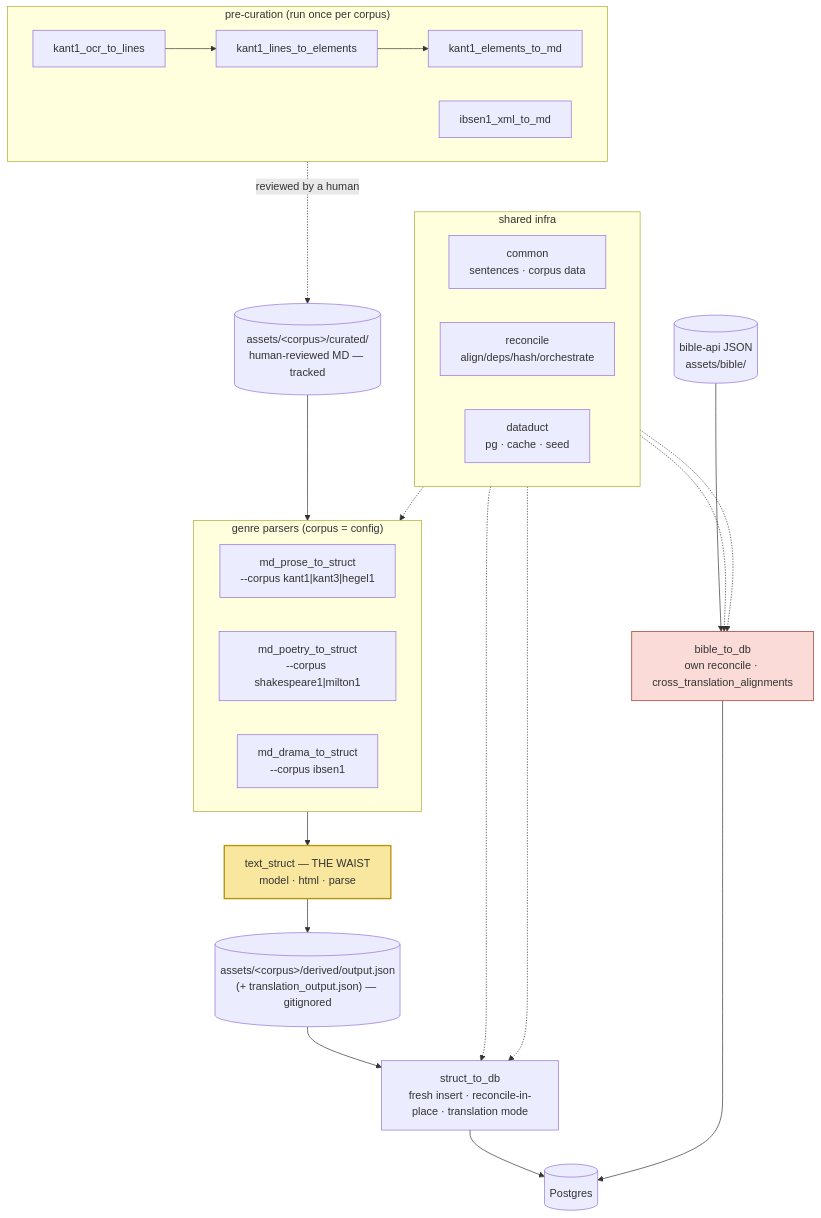
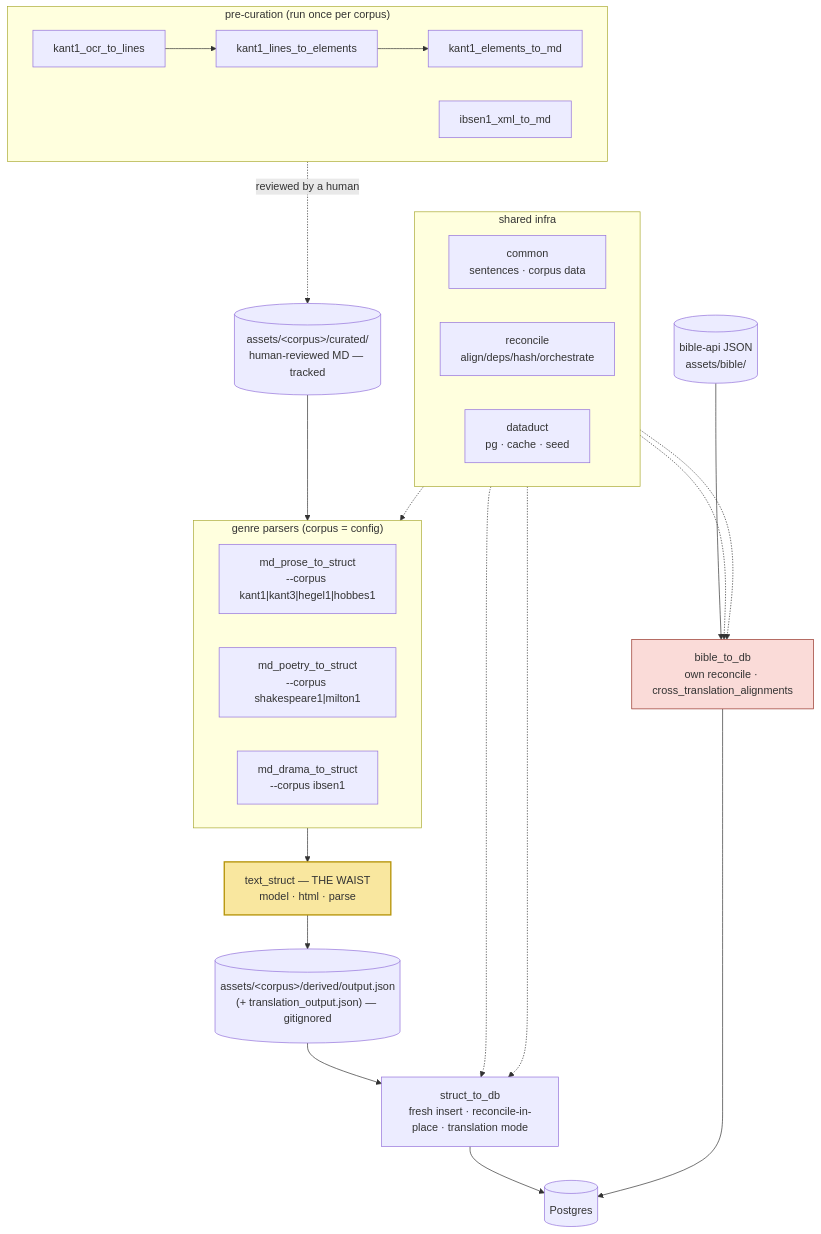
One commit to scholia-study/scholia changed the first of 2 diagrams in docs/architecture/overview.md. Above: the diagram before and after it, drawn with Mermaid. The commit also changed other lines of this file and 140 other files, not shown here.

````diff
--- a/docs/architecture/overview.md
+++ b/docs/architecture/overview.md
@@ -84,51 +86,51 @@
 ```mermaid
 flowchart TB
     subgraph pre ["pre-curation (run once per corpus)"]
         direction LR
         ocr["kant1_ocr_to_lines"] --> lines["kant1_lines_to_elements"] --> elem["kant1_elements_to_md"]
         tei["ibsen1_xml_to_md"]
     end
 
     curated[("assets/&lt;corpus&gt;/curated/<br/>human-reviewed MD — tracked")]
     pre -. "reviewed by a human" .-> curated
 
     subgraph parsers ["genre parsers (corpus = config)"]
         direction LR
-        prose["md_prose_to_struct<br/>--corpus kant1|kant3|hegel1"]
+        prose["md_prose_to_struct<br/>--corpus kant1|kant3|hegel1|hobbes1"]
         poetry["md_poetry_to_struct<br/>--corpus shakespeare1|milton1"]
         drama["md_drama_to_struct<br/>--corpus ibsen1"]
     end
 
     curated --> parsers
 
     waist["text_struct — THE WAIST<br/>model · html · parse"]
     parsers --> waist
 
     derived[("assets/&lt;corpus&gt;/derived/output.json<br/>(+ translation_output.json) — gitignored")]
     waist --> derived
 
     importer["struct_to_db<br/>fresh insert · reconcile-in-place · translation mode"]
     derived --> importer
 
     pg[(Postgres)]
     importer --> pg
 
     bibleapi[("bible-api JSON<br/>assets/bible/")] --> bible["bible_to_db<br/>own reconcile · cross_translation_alignments"]
     bible --> pg
 
     subgraph infra ["shared infra"]
         direction LR
         common["common<br/>sentences · corpus data"]
         reconcile["reconcile<br/>align/deps/hash/orchestrate"]
         dataduct["dataduct<br/>pg · cache · seed"]
     end
 
     common -.-> parsers
     reconcile -.-> importer
     reconcile -.-> bible
     dataduct -.-> importer
     dataduct -.-> bible
 
     style waist fill:#f9e79f,stroke:#b7950b,stroke-width:2px
     style bible fill:#fadbd8,stroke:#943126
 ```
````
